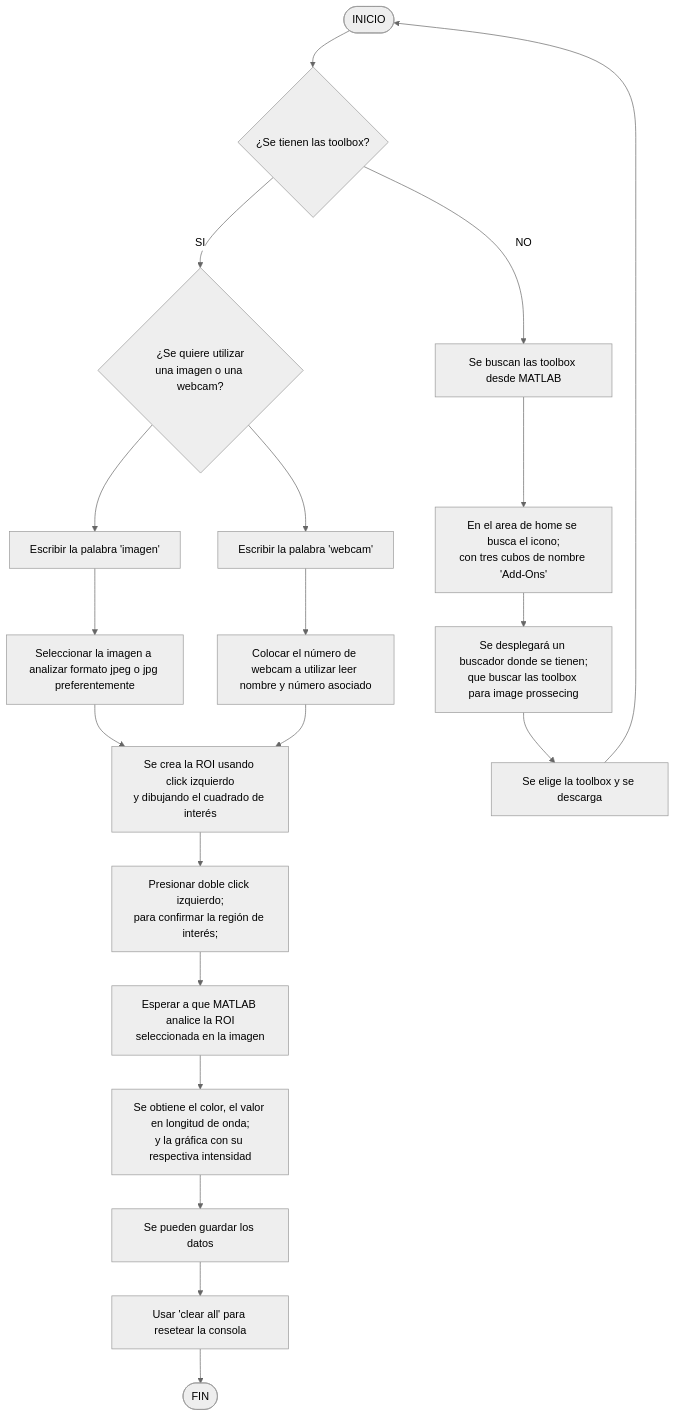
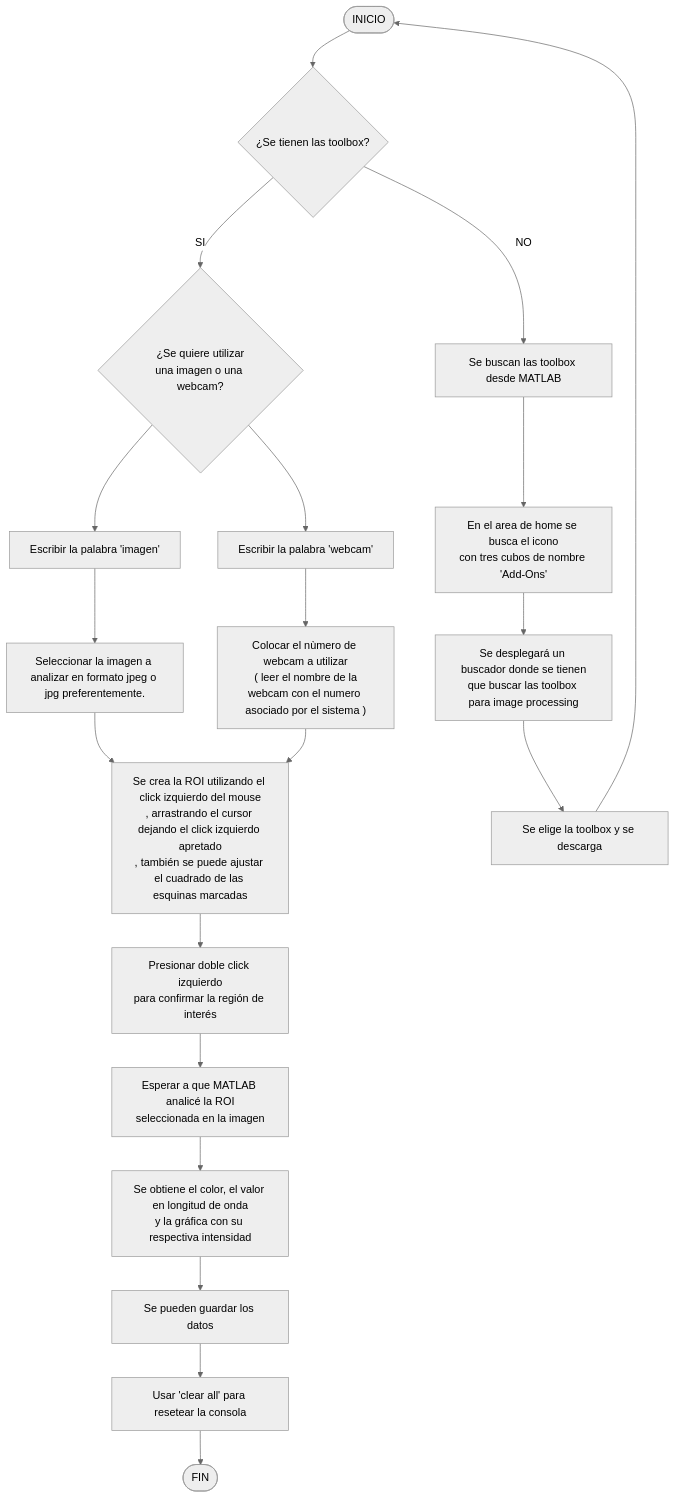
Before and after one commit to YaelDan8/Proyecto-de-Flurimetro-casero: the diagram in README.md, drawn with Mermaid (neutral theme). The commit also changed other lines of this file, not shown here.

````diff
--- a/README.md
+++ b/README.md
@@ -6,54 +8,54 @@
 ```mermaid
 flowchart TD
   Start([INICIO]);
 
   A1[Escribir la palabra 'imagen'];
-  A2[Seleccionar la imagen a analizar formato jpeg o jpg preferentemente];
-  A3[Presionar doble click izquierdo;\npara confirmar la región de interés;];
+  A2[Seleccionar la imagen a analizar en formato jpeg o jpg preferentemente.];
+  A3[Presionar doble click izquierdo\npara confirmar la región de interés];
 
   B1{¿Se tienen las toolbox?};
   B2[Se buscan las toolbox desde MATLAB];
-  B3[En el area de home se busca el icono;\ncon tres cubos de nombre 'Add-Ons'];
-  B4[Se desplegará un buscador donde se tienen;\nque buscar las toolbox para image prossecing];
+  B3[En el area de home se busca el icono\ncon tres cubos de nombre 'Add-Ons'];
+  B4[Se desplegará un buscador donde se tienen\nque buscar las toolbox para image processing];
   B5[Se elige la toolbox y se descarga];
 
   C1{¿Se quiere utilizar\nuna imagen o una webcam?};
 
-  D1[Se crea la ROI usando click izquierdo\ny dibujando el cuadrado de interés];
-  D2[Esperar a que MATLAB analice la ROI\nseleccionada en la imagen];
+  D1[Se crea la ROI utilizando el click izquierdo del mouse\n, arrastrando el cursor dejando el click izquierdo apretado\n, también se puede ajustar el cuadrado de las esquinas marcadas]
+  D2[Esperar a que MATLAB analicé la ROI\nseleccionada en la imagen];
 
   E1[Escribir la palabra 'webcam'];
-  E2[Colocar el número de webcam a utilizar leer nombre y número asociado];
+  E2[Colocar el nùmero de webcam a utilizar\n &#40 leer el nombre de la webcam con el numero asociado por el sistema &#41];
 
   F1[Se pueden guardar los datos];
   F2[Usar 'clear all' para resetear la consola];
 
-  G[Se obtiene el color, el valor en longitud de onda;\ny la gráfica con su respectiva intensidad];
+  G[Se obtiene el color, el valor en longitud de onda\ny la gráfica con su respectiva intensidad];
 
   End([FIN]);
 
   %% Flujo
   Start -->  B1 -->|SI| C1;
   B1 -->|NO| B2;
   B2 --> B3;
   B3 --> B4;
   B4 --> B5;
   B5 --> Start;
   
   C1 --> A1;
   C1 --> E1;
   
   A1 --> A2;
   E1 --> E2;
 
   A2 --> D1;
   E2 --> D1;
   D1 --> A3;
 
   A3 --> D2;
   D2 --> G;
   G --> F1;
   F1 --> F2;
 
   F2 --> End;
 ```
````
